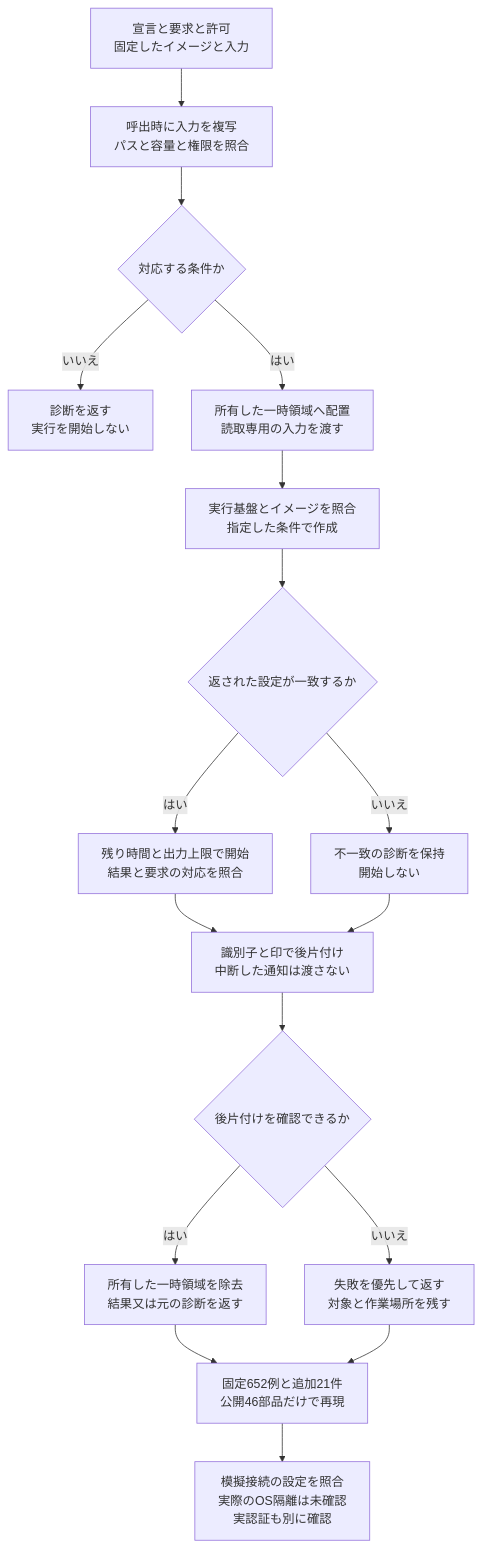
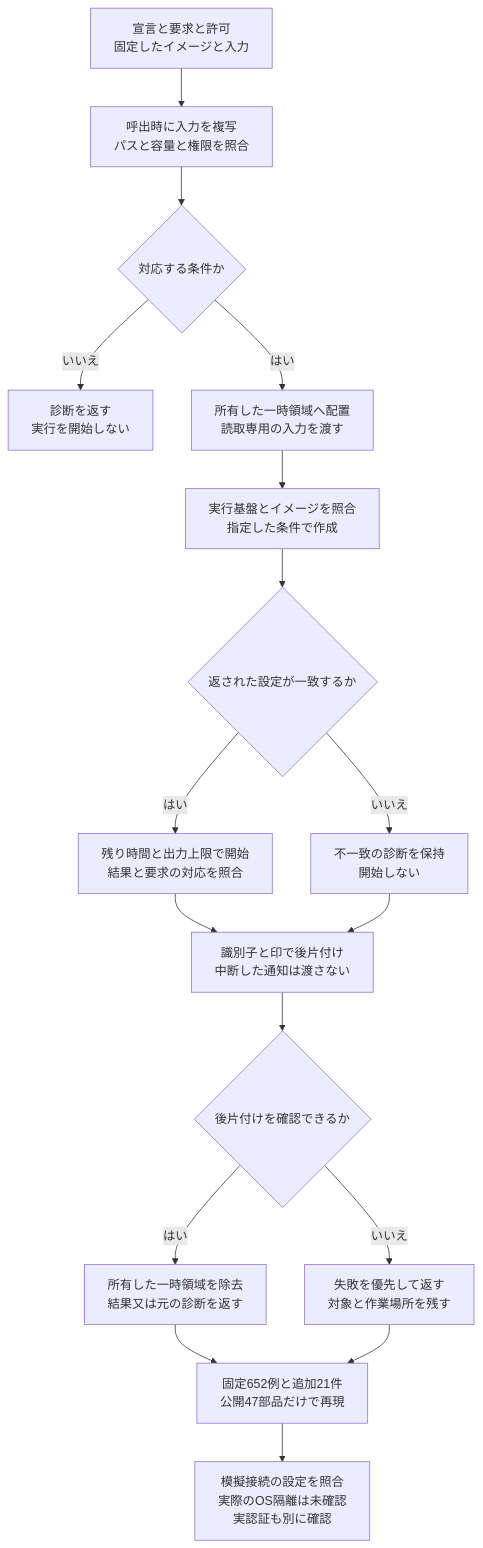
Before and after one commit to koukemo/morivyx: the diagram in docs/diagrams/python-plugin-container.mmd, drawn with Mermaid. The commit also changed 48 other files, not shown here.

```diff
--- a/docs/diagrams/python-plugin-container.mmd
+++ b/docs/diagrams/python-plugin-container.mmd
@@ -1,17 +1,17 @@
 flowchart TD
   A[宣言と要求と許可<br/>固定したイメージと入力] --> B[呼出時に入力を複写<br/>パスと容量と権限を照合]
   B --> C{対応する条件か}
   C -->|いいえ| D[診断を返す<br/>実行を開始しない]
   C -->|はい| E[所有した一時領域へ配置<br/>読取専用の入力を渡す]
   E --> F[実行基盤とイメージを照合<br/>指定した条件で作成]
   F --> G{返された設定が一致するか}
   G -->|はい| H[残り時間と出力上限で開始<br/>結果と要求の対応を照合]
   G -->|いいえ| I[不一致の診断を保持<br/>開始しない]
   H --> J[識別子と印で後片付け<br/>中断した通知は渡さない]
   I --> J
   J --> K{後片付けを確認できるか}
   K -->|はい| L[所有した一時領域を除去<br/>結果又は元の診断を返す]
   K -->|いいえ| M[失敗を優先して返す<br/>対象と作業場所を残す]
-  L --> N[固定652例と追加21件<br/>公開46部品だけで再現]
+  L --> N[固定652例と追加21件<br/>公開47部品だけで再現]
   M --> N
   N --> O[模擬接続の設定を照合<br/>実際のOS隔離は未確認<br/>実認証も別に確認]
```
